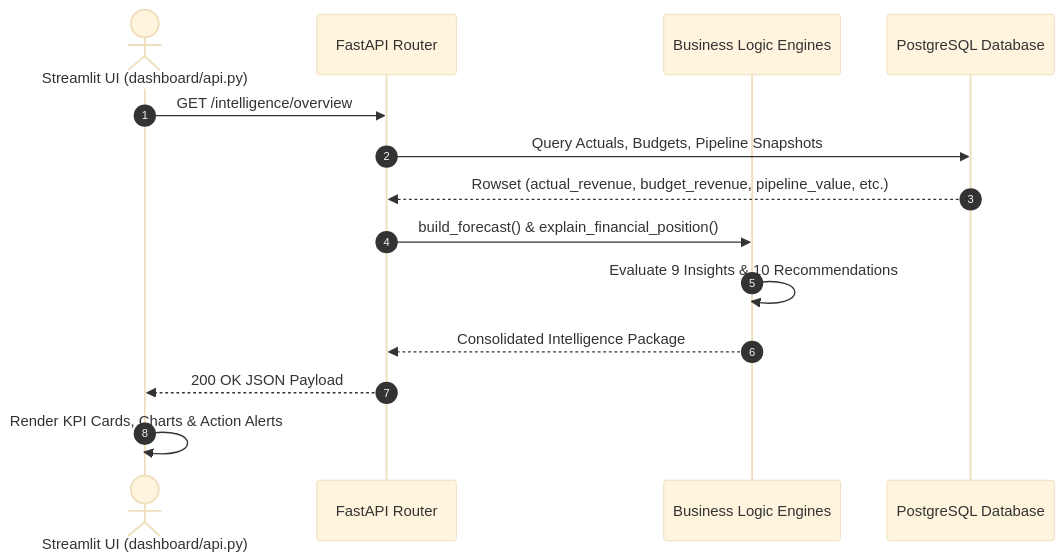
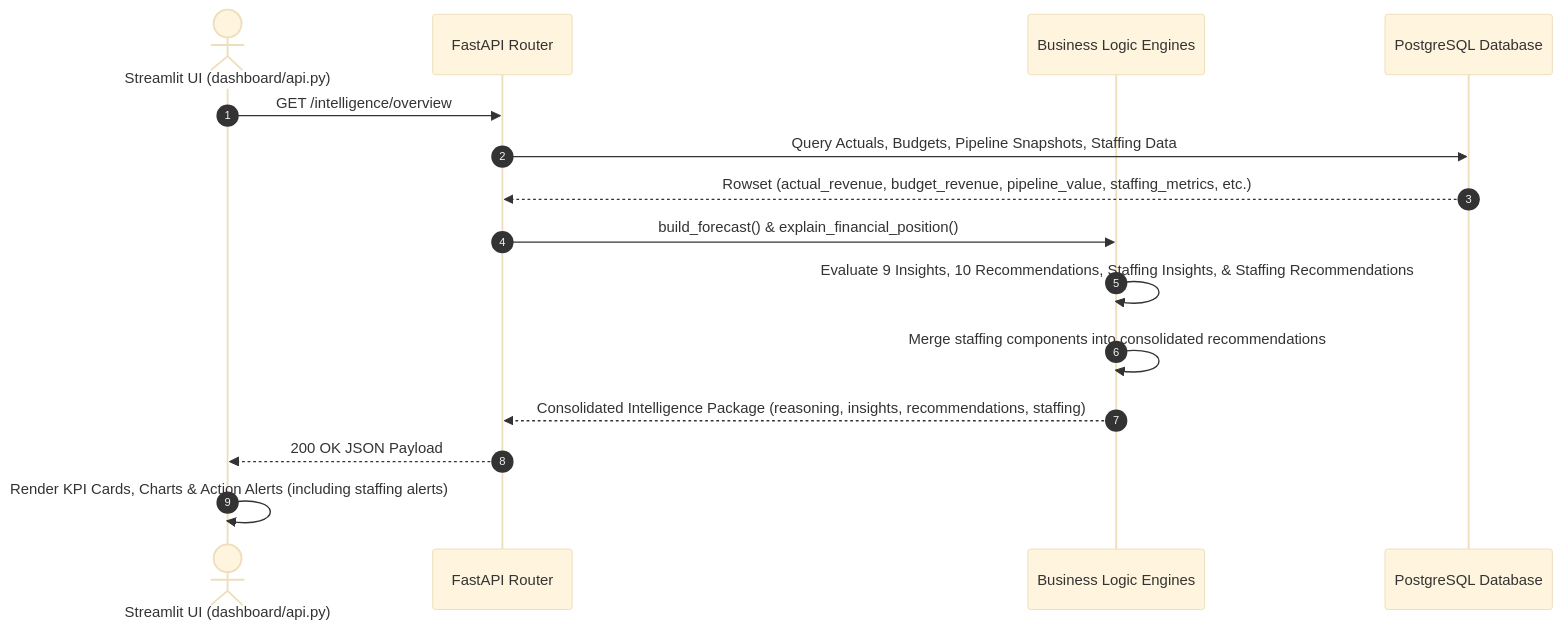
One commit to VED-VIVEK-TALMALEY/x-fin changed the second of 3 diagrams in docs/API.md. Above: the diagram before and after it, drawn with Mermaid (base theme). The commit also changed other lines of this file and 18 other files, not shown here.

````diff
--- a/docs/API.md
+++ b/docs/API.md
@@ -71,17 +71,18 @@
 ```mermaid
 sequenceDiagram
     autonumber
     actor Dashboard as Streamlit UI (dashboard/api.py)
     participant Gateway as FastAPI Router
     participant Engine as Business Logic Engines
     participant DB as PostgreSQL Database
 
     Dashboard->>Gateway: GET /intelligence/overview
-    Gateway->>DB: Query Actuals, Budgets, Pipeline Snapshots
-    DB-->>Gateway: Rowset (actual_revenue, budget_revenue, pipeline_value, etc.)
+    Gateway->>DB: Query Actuals, Budgets, Pipeline Snapshots, Staffing Data
+    DB-->>Gateway: Rowset (actual_revenue, budget_revenue, pipeline_value, staffing_metrics, etc.)
     Gateway->>Engine: build_forecast() & explain_financial_position()
-    Engine->>Engine: Evaluate 9 Insights & 10 Recommendations
-    Engine-->>Gateway: Consolidated Intelligence Package
+    Engine->>Engine: Evaluate 9 Insights, 10 Recommendations, Staffing Insights, & Staffing Recommendations
+    Engine->>Engine: Merge staffing components into consolidated recommendations
+    Engine-->>Gateway: Consolidated Intelligence Package (reasoning, insights, recommendations, staffing)
     Gateway-->>Dashboard: 200 OK JSON Payload
-    Dashboard->>Dashboard: Render KPI Cards, Charts & Action Alerts
+    Dashboard->>Dashboard: Render KPI Cards, Charts & Action Alerts (including staffing alerts)
 ```
````
